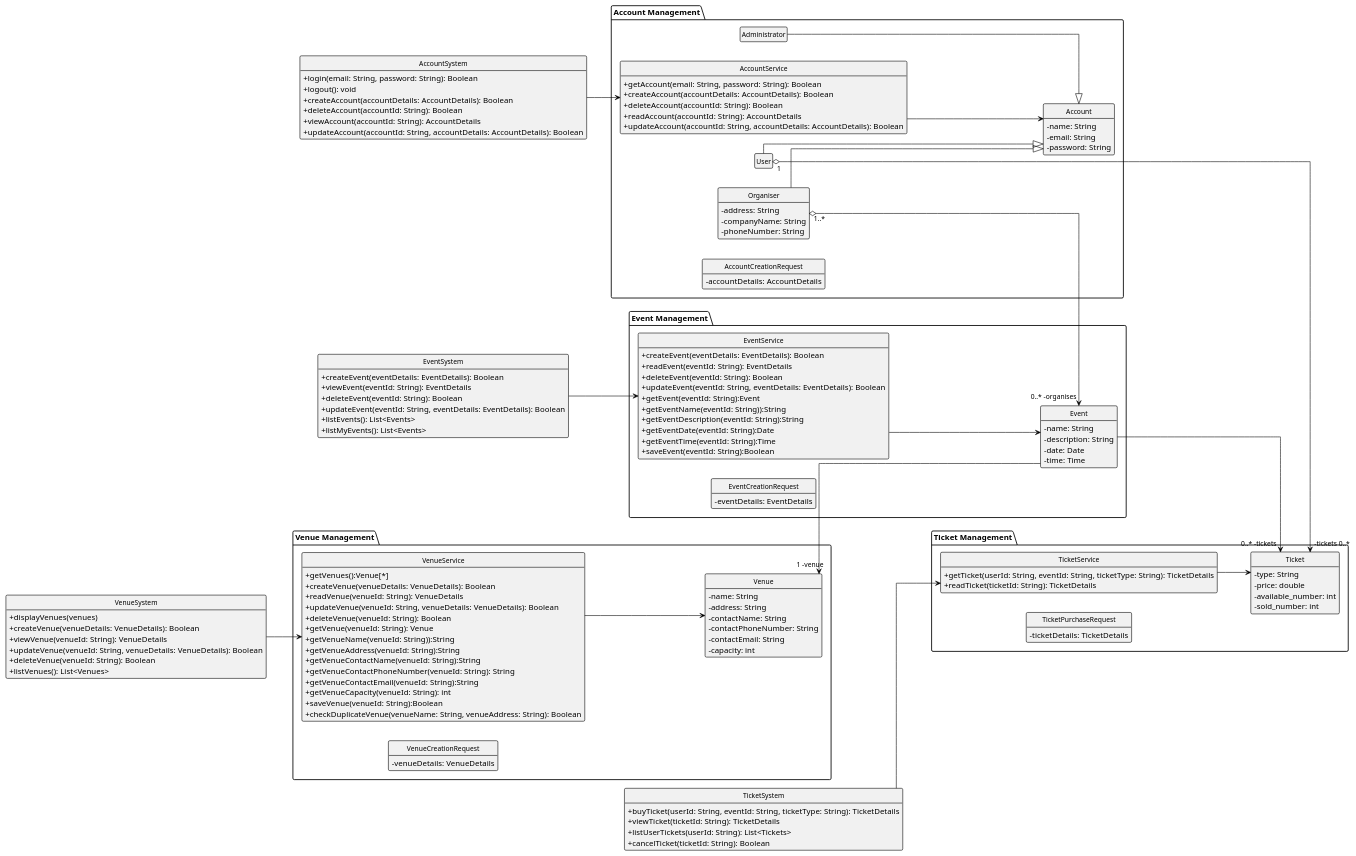
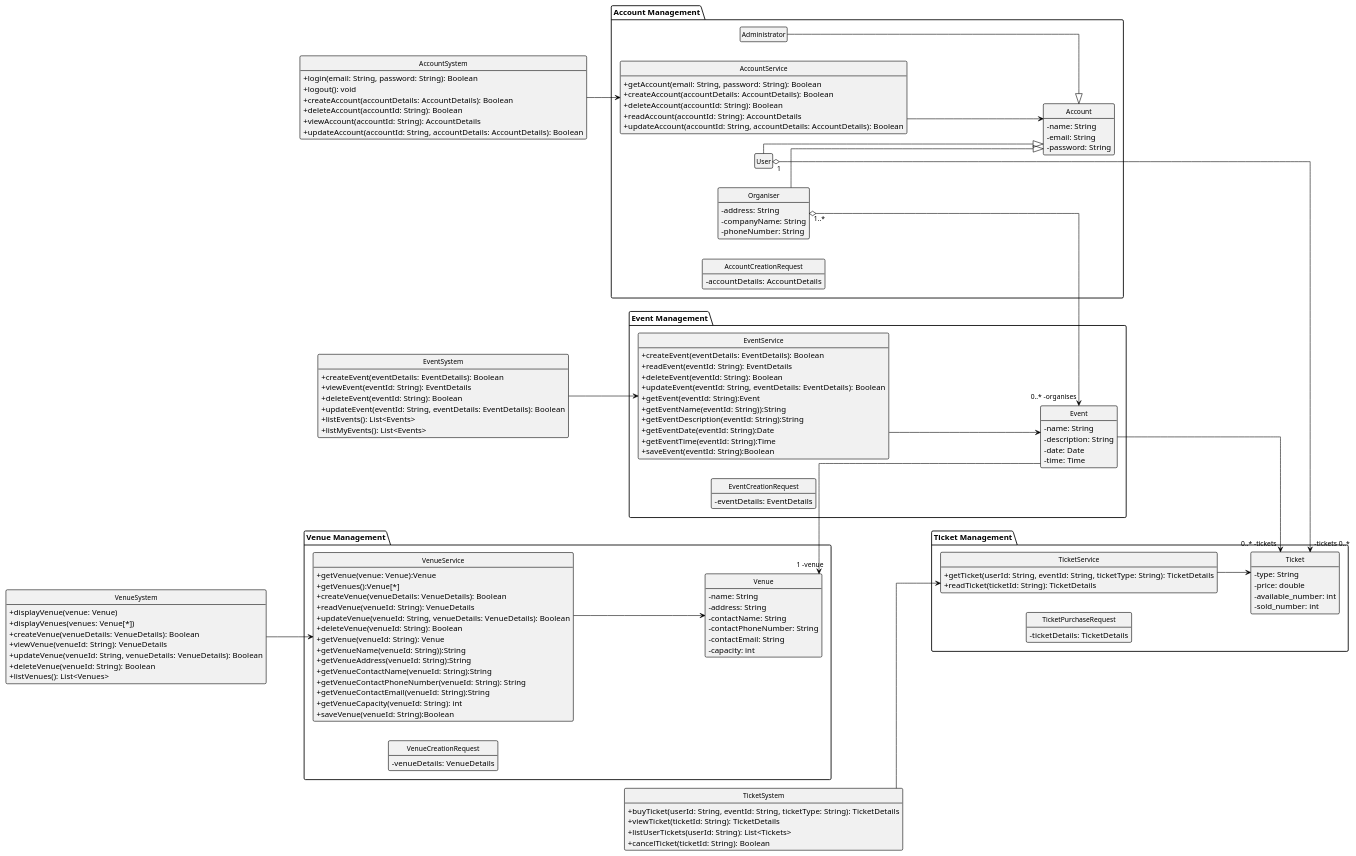
One commit to MolimoWang/EventManagementSystem changed the diagram in 02-analysis/class-diagram/classDiagram.plantuml. Above: the diagram before and after it, drawn with PlantUML.

```diff
--- a/02-analysis/class-diagram/classDiagram.plantuml
+++ b/02-analysis/class-diagram/classDiagram.plantuml
@@ -1,193 +1,194 @@
 @startuml
 left to right direction
 skinparam monochrome true
 skinparam backgroundColor white
 skinparam shadowing false
 skinparam linetype ortho
 skinparam lineThickness 3   ' Thickness of line
 skinparam noteMargin 30     ' Margins for comments
 skinparam ranksep 100        ' Control vertical spacing
 skinparam nodesep 200        ' Control horizontal spacing
 skinparam classFontSize 12
 skinparam ArrowFontSize 12
 skinparam classBorderThickness 1
 skinparam classAttributeIconSize 0
 
 hide class circle
 hide empty members
 hide stereotypes
 
 skinparam class {
     BorderColor black
     ArrowColor black
     FontColor black
     FontName Arial
     FontSize 12
 }
 
 ' Account Management Group
 package "Account Management" {
     class Account {
         - name: String
         - email: String
         - password: String
     }
     class Administrator {
     }
     class Organiser {
         - address: String
         - companyName: String
         - phoneNumber: String
     }
     class User {
     }
 
     class AccountService {
         +getAccount(email: String, password: String): Boolean
         +createAccount(accountDetails: AccountDetails): Boolean
         +deleteAccount(accountId: String): Boolean
         +readAccount(accountId: String): AccountDetails
         +updateAccount(accountId: String, accountDetails: AccountDetails): Boolean
 
     }
 
     class AccountCreationRequest {
         - accountDetails: AccountDetails
     }
 
     Administrator --|> Account
     Organiser --|> Account
     User --|> Account
     AccountService --> Account
 }
 
 ' Venue Management Group
 package "Venue Management" {
     class Venue {
         - name: String
         - address: String
         - contactName: String
         - contactPhoneNumber: String
         - contactEmail: String
         - capacity: int
     }
 
     class VenueService {
+        +getVenue(venue: Venue):Venue
         +getVenues():Venue[*]
         +createVenue(venueDetails: VenueDetails): Boolean
         +readVenue(venueId: String): VenueDetails
         +updateVenue(venueId: String, venueDetails: VenueDetails): Boolean
         +deleteVenue(venueId: String): Boolean
         +getVenue(venueId: String): Venue
         +getVenueName(venueId: String)):String
         +getVenueAddress(venueId: String):String
         +getVenueContactName(venueId: String):String
         +getVenueContactPhoneNumber(venueId: String): String
         +getVenueContactEmail(venueId: String):String
         +getVenueCapacity(venueId: String): int
         +saveVenue(venueId: String):Boolean
-        +checkDuplicateVenue(venueName: String, venueAddress: String): Boolean
     }
 
     class VenueCreationRequest {
         - venueDetails: VenueDetails
     }
 
     VenueService --> Venue
 }
 
 ' Event Management Group
 package "Event Management" {
     class Event {
         - name: String
         - description: String
         - date: Date
         - time: Time
     }
 
     class EventService {
         +createEvent(eventDetails: EventDetails): Boolean
         +readEvent(eventId: String): EventDetails
         +deleteEvent(eventId: String): Boolean
         +updateEvent(eventId: String, eventDetails: EventDetails): Boolean
         +getEvent(eventId: String):Event
         +getEventName(eventId: String)):String
         +getEventDescription(eventId: String):String
         +getEventDate(eventId: String):Date
         +getEventTime(eventId: String):Time
         +saveEvent(eventId: String):Boolean
     }
 
     class EventCreationRequest {
         - eventDetails: EventDetails
     }
 
     Venue "1 -venue" <-- Event
     EventService --> Event
 }
 
 ' Ticket Management Group
 package "Ticket Management" {
     class Ticket {
         - type: String
         - price: double
         - available_number: int
         - sold_number: int
     }
 
     class TicketService {
         +getTicket(userId: String, eventId: String, ticketType: String): TicketDetails
         +readTicket(ticketId: String): TicketDetails
     }
 
     class TicketPurchaseRequest {
         - ticketDetails: TicketDetails
     }
 
     Event --> "0..* -tickets" Ticket
     TicketService --> Ticket
 }
 
 ' System classes for each module
 class AccountSystem {
     +login(email: String, password: String): Boolean
     +logout(): void
     +createAccount(accountDetails: AccountDetails): Boolean
     +deleteAccount(accountId: String): Boolean
     +viewAccount(accountId: String): AccountDetails
     +updateAccount(accountId: String, accountDetails: AccountDetails): Boolean
 }
 AccountSystem --> AccountService
 
 class VenueSystem {
-    +displayVenues(venues)
+    +displayVenue(venue: Venue)
+    +displayVenues(venues: Venue[*])
     +createVenue(venueDetails: VenueDetails): Boolean
     +viewVenue(venueId: String): VenueDetails
     +updateVenue(venueId: String, venueDetails: VenueDetails): Boolean
     +deleteVenue(venueId: String): Boolean
     +listVenues(): List<Venues>
 }
 VenueSystem --> VenueService
 
 class EventSystem {
     +createEvent(eventDetails: EventDetails): Boolean
     +viewEvent(eventId: String): EventDetails
     +deleteEvent(eventId: String): Boolean
     +updateEvent(eventId: String, eventDetails: EventDetails): Boolean
     +listEvents(): List<Events>
     +listMyEvents(): List<Events>
 }
 EventSystem --> EventService
 
 class TicketSystem {
     +buyTicket(userId: String, eventId: String, ticketType: String): TicketDetails
     +viewTicket(ticketId: String): TicketDetails
     +listUserTickets(userId: String): List<Tickets>
     +cancelTicket(ticketId: String): Boolean
 }
 TicketSystem --> TicketService
 
 Organiser "1..*" o--> "0..* -organises" Event
 User "1" o--> "-tickets 0..*" Ticket
 
 @enduml
```
